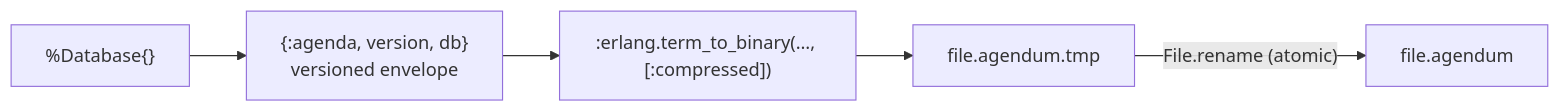
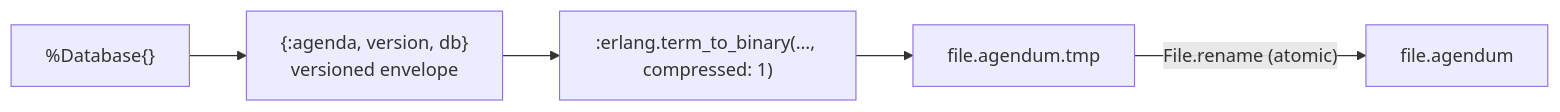
One commit to jamting/agendum changed the sixth of 6 diagrams in docs/DATA_MODEL.md. Above: the diagram before and after it, drawn with Mermaid. The commit also changed 4 other files, not shown here.

````diff
--- a/docs/DATA_MODEL.md
+++ b/docs/DATA_MODEL.md
@@ -625,7 +625,7 @@
 ```mermaid
 flowchart LR
     DB["%Database{}"] --> T["{:agenda, version, db}<br/>versioned envelope"]
-    T --> B[":erlang.term_to_binary(…, [:compressed])"]
+    T --> B[":erlang.term_to_binary(…, compressed: 1)"]
     B --> TMP["file.agendum.tmp"]
     TMP -- "File.rename (atomic)" --> F["file.agendum"]
 ```
````
